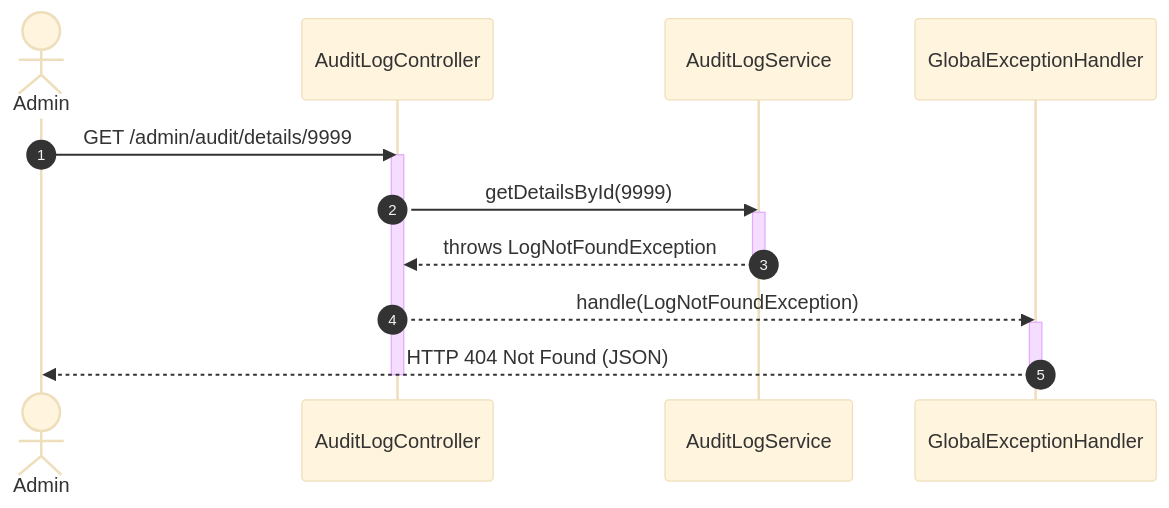
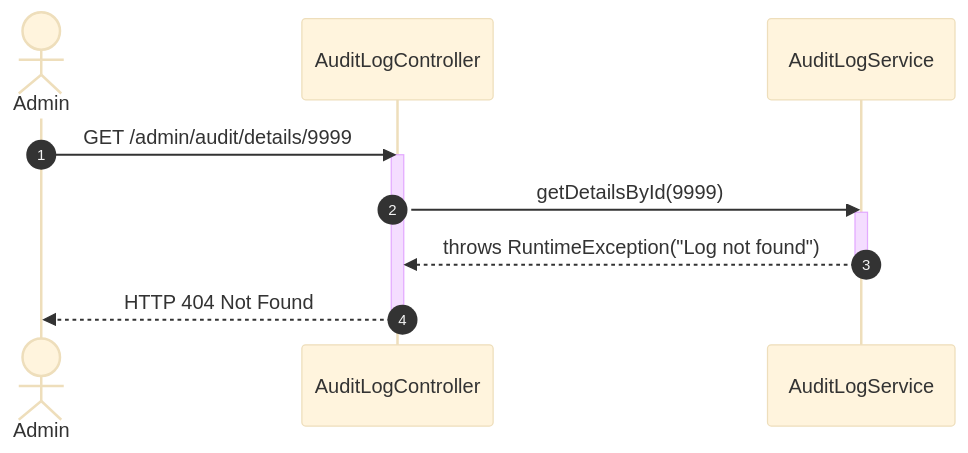
One commit to danhdac36/xoai-aura-retreat changed the fourth of 4 diagrams in 04_Implement/Module5/UC30/EDS_UC30_AuditLog.md. Above: the diagram before and after it, drawn with Mermaid (base theme). The commit also changed other lines of this file and 3 other files, not shown here.

````diff
--- a/04_Implement/Module5/UC30/EDS_UC30_AuditLog.md
+++ b/04_Implement/Module5/UC30/EDS_UC30_AuditLog.md
@@ -224,20 +309,16 @@
 ```mermaid
 sequenceDiagram
     autonumber
     actor Admin
     participant Controller as AuditLogController
     participant Service as AuditLogService
-    participant ExceptionHandler as GlobalExceptionHandler
 
     Admin->>Controller: GET /admin/audit/details/9999
     activate Controller
     Controller->>Service: getDetailsById(9999)
     activate Service
-    Service-->>Controller: throws LogNotFoundException
+    Service-->>Controller: throws RuntimeException("Log not found")
     deactivate Service
-    Controller-->>ExceptionHandler: handle(LogNotFoundException)
-    activate ExceptionHandler
-    ExceptionHandler-->>Admin: HTTP 404 Not Found (JSON)
-    deactivate ExceptionHandler
+    Controller-->>Admin: HTTP 404 Not Found
     deactivate Controller
 ```
````
